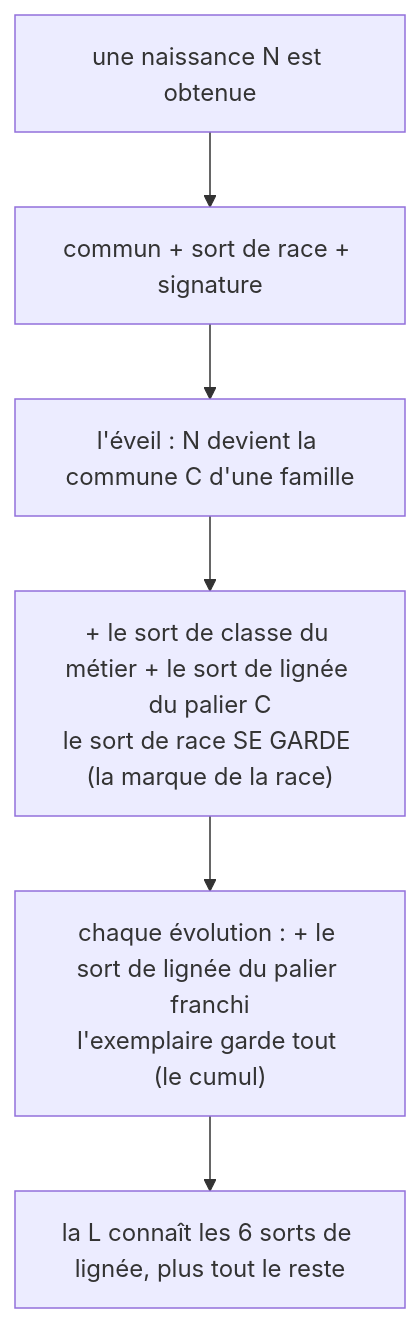
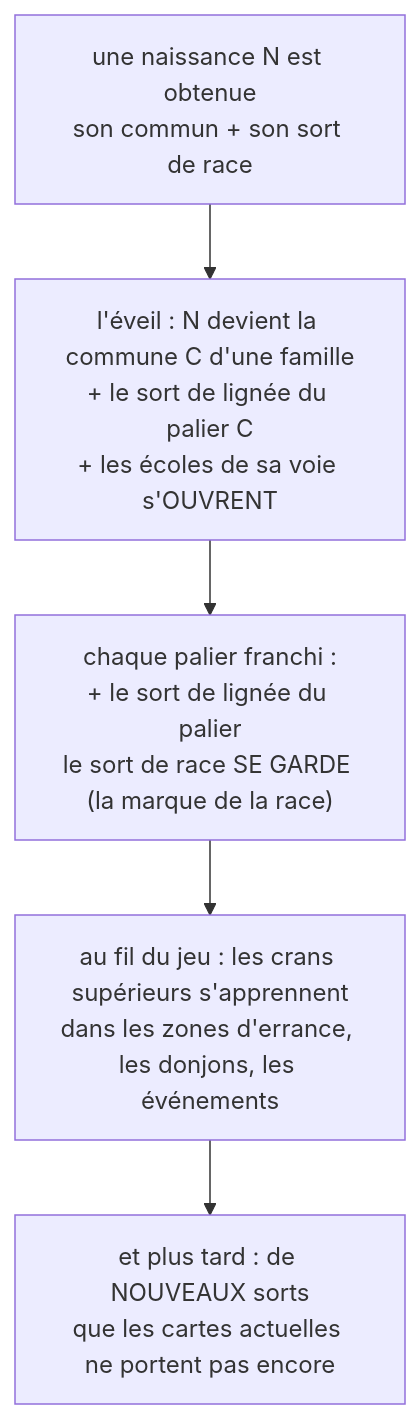
The diagram in docs/refonte-sorts.md (mobize191/aicg-lignees), drawn with Mermaid before and after one commit. The commit also changed other lines of this file, not shown here.

Commit message:
docs : refonte des sorts v2 (le grimoire mutualisé, les écoles, la base des mults, l'acquisition progressive)

````diff
--- a/docs/refonte-sorts.md
+++ b/docs/refonte-sorts.md
@@ -48,8 +83,7 @@
 ```mermaid
 flowchart TD
-  N["une naissance N est obtenue"] --> P["commun + sort de race + signature"]
-  P --> E["l'éveil : N devient la commune C d'une famille"]
-  E --> Q["+ le sort de classe du métier + le sort de lignée du palier C<br/>le sort de race SE GARDE (la marque de la race)"]
-  Q --> V["chaque évolution : + le sort de lignée du palier franchi<br/>l'exemplaire garde tout (le cumul)"]
-  V --> L["la L connaît les 6 sorts de lignée, plus tout le reste"]
+  N["une naissance N est obtenue<br/>son commun + son sort de race"] --> E["l'éveil : N devient la commune C d'une famille<br/>+ le sort de lignée du palier C<br/>+ les écoles de sa voie s'OUVRENT"]
+  E --> P["chaque palier franchi :<br/>+ le sort de lignée du palier<br/>le sort de race SE GARDE (la marque de la race)"]
+  P --> G["au fil du jeu : les crans supérieurs s'apprennent<br/>dans les zones d'errance, les donjons, les événements"]
+  G --> M["et plus tard : de NOUVEAUX sorts<br/>que les cartes actuelles ne portent pas encore"]
 ```
````
